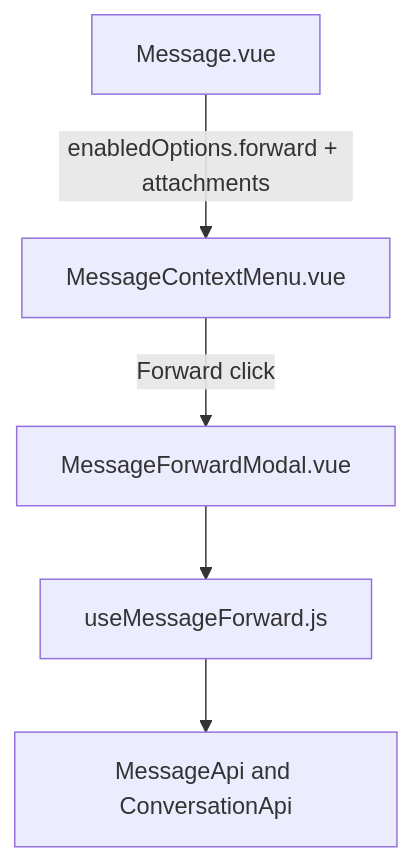
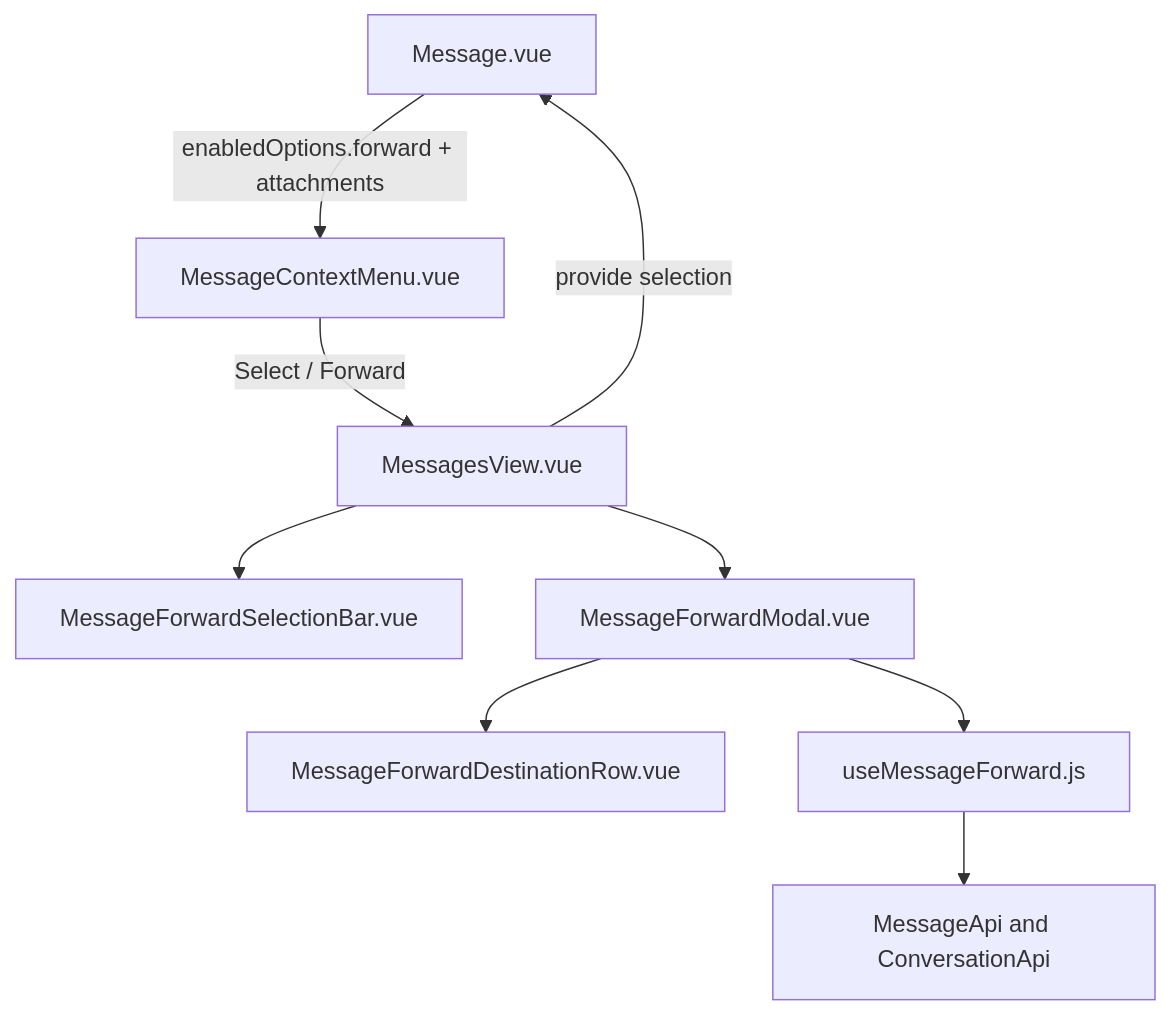
One commit to cesar-carlos/chatwoot changed the diagram in doc/feature/message-forward/ui-design.md. Above: the diagram before and after it, drawn with Mermaid. The commit also changed other lines of this file and 11 other files, not shown here.

First line of the commit message:
feat(fork): keep forward modal actions on screen and polish destination UI

````diff
--- a/doc/feature/message-forward/ui-design.md
+++ b/doc/feature/message-forward/ui-design.md
@@ -30,13 +31,20 @@
 ```mermaid
 flowchart TD
   Msg[Message.vue]
   MCM[MessageContextMenu.vue]
+  View[MessagesView.vue]
+  Bar[MessageForwardSelectionBar.vue]
   Modal[MessageForwardModal.vue]
+  Row[MessageForwardDestinationRow.vue]
   Comp[useMessageForward.js]
   API[MessageApi and ConversationApi]
 
+  View -->|"provide selection"| Msg
   Msg -->|"enabledOptions.forward + attachments"| MCM
-  MCM -->|"Forward click"| Modal
+  MCM -->|"Select / Forward"| View
+  View --> Bar
+  View --> Modal
+  Modal --> Row
   Modal --> Comp
   Comp --> API
 ```
````
